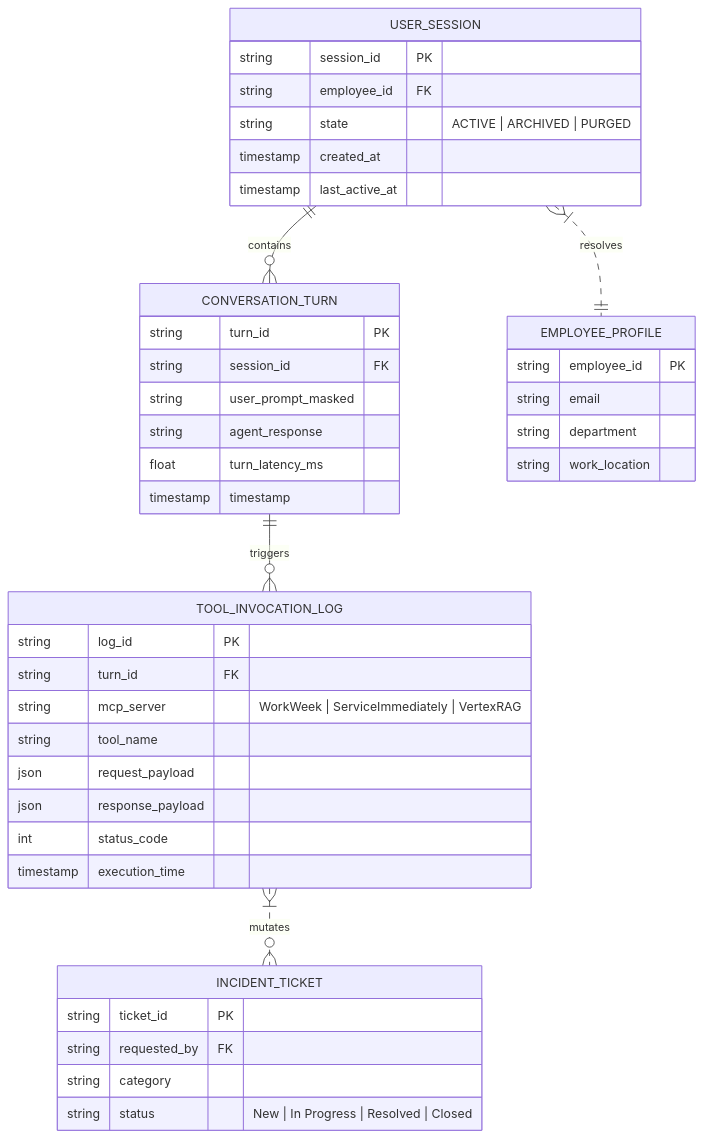
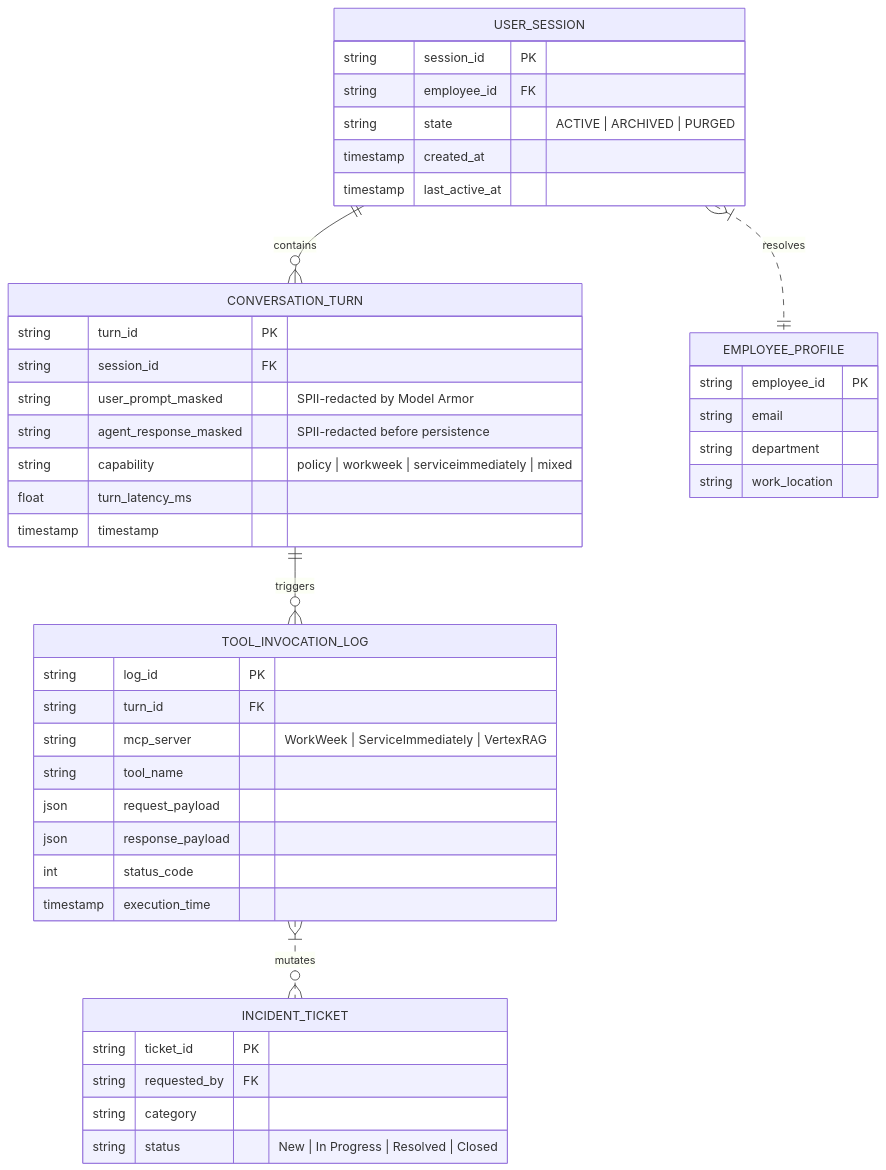
One commit to yangwhale/elevate-bj-g4 changed the eighth of 14 diagrams in SDD.md. Above: the diagram before and after it, drawn with Mermaid. The commit also changed other lines of this file, not shown here.

````diff
--- a/SDD.md
+++ b/SDD.md
@@ -256,49 +310,50 @@
 ```mermaid
 erDiagram
     USER_SESSION ||--o{ CONVERSATION_TURN : contains
     CONVERSATION_TURN ||--o{ TOOL_INVOCATION_LOG : triggers
     USER_SESSION }|..|| EMPLOYEE_PROFILE : resolves
     TOOL_INVOCATION_LOG }|..o{ INCIDENT_TICKET : mutates
 
     USER_SESSION {
         string session_id PK
         string employee_id FK
         string state "ACTIVE | ARCHIVED | PURGED"
         timestamp created_at
         timestamp last_active_at
     }
 
     CONVERSATION_TURN {
         string turn_id PK
         string session_id FK
-        string user_prompt_masked
-        string agent_response
+        string user_prompt_masked "SPII-redacted by Model Armor"
+        string agent_response_masked "SPII-redacted before persistence"
+        string capability "policy | workweek | serviceimmediately | mixed"
         float turn_latency_ms
         timestamp timestamp
     }
 
     TOOL_INVOCATION_LOG {
         string log_id PK
         string turn_id FK
         string mcp_server "WorkWeek | ServiceImmediately | VertexRAG"
         string tool_name
         json request_payload
         json response_payload
         int status_code
         timestamp execution_time
     }
 
     EMPLOYEE_PROFILE {
         string employee_id PK
         string email
         string department
         string work_location
     }
 
     INCIDENT_TICKET {
         string ticket_id PK
         string requested_by FK
         string category
         string status "New | In Progress | Resolved | Closed"
     }
 ```
````
